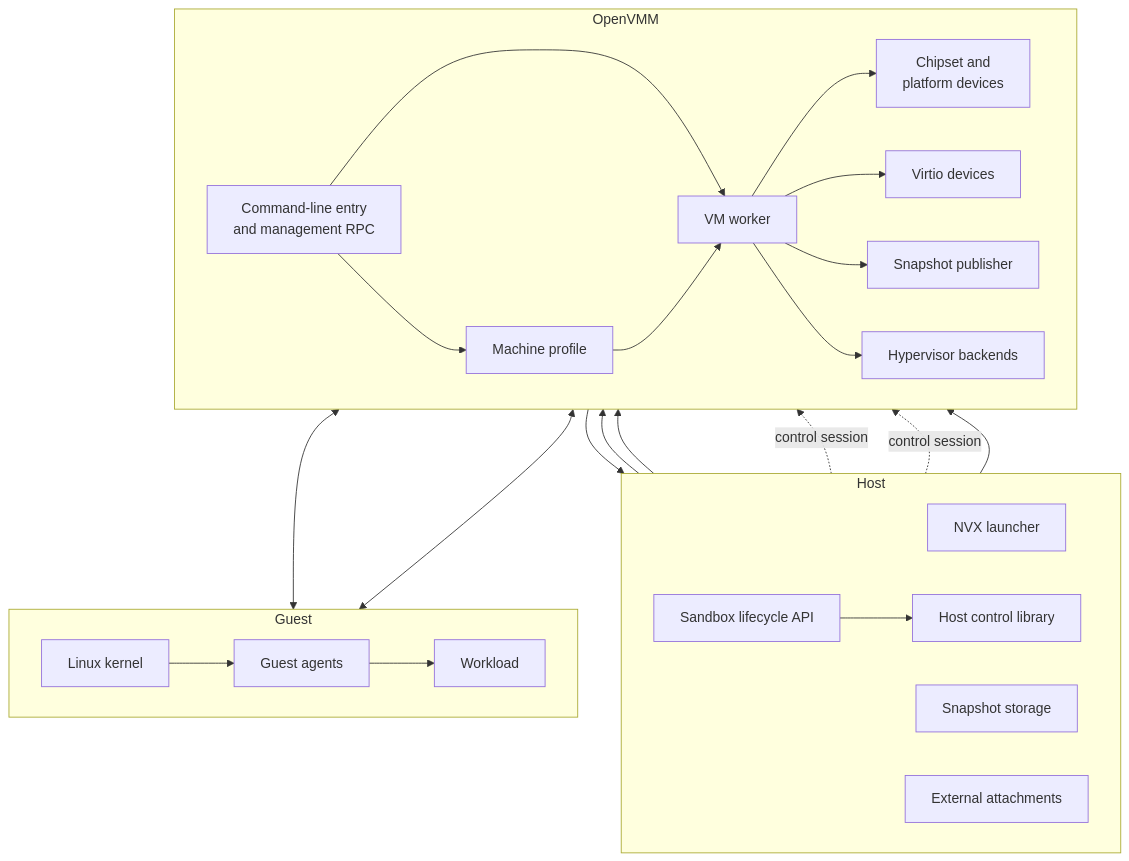
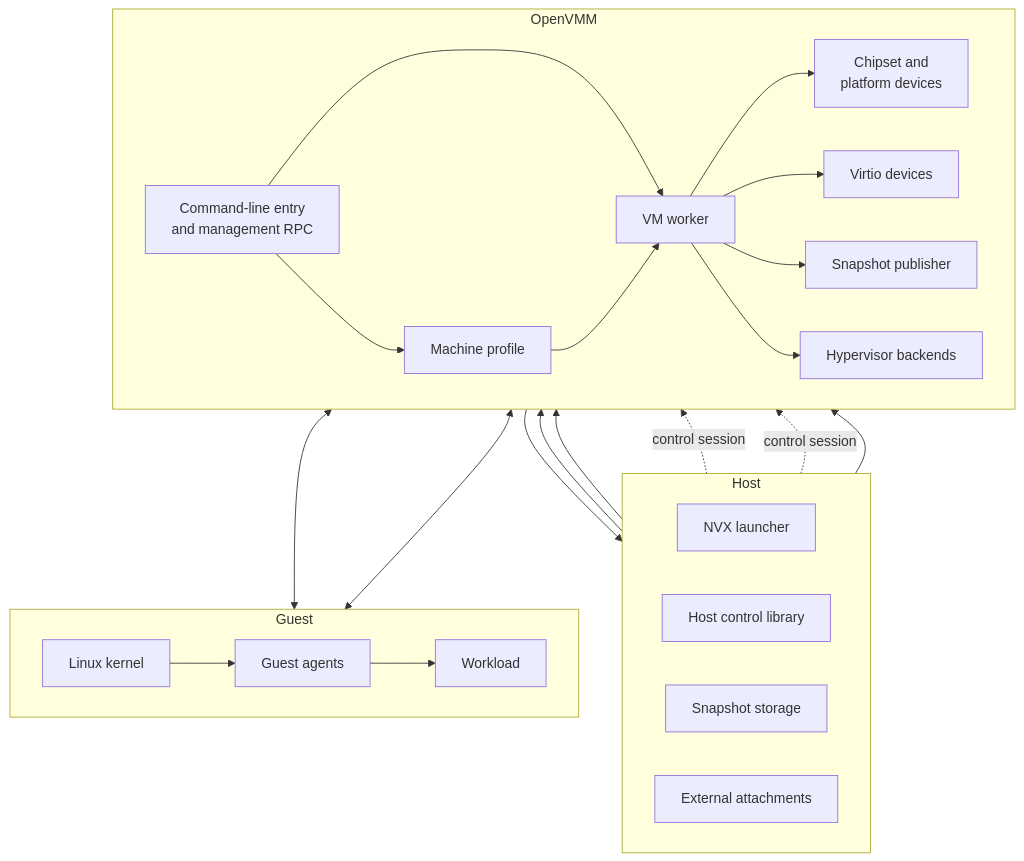
One commit to Jbansal2/nvx changed the diagram in doc/design/1.3-system-components-and-responsibilities.md. Above: the diagram before and after it, drawn with Mermaid. The commit also changed other lines of this file and 1 other file, not shown here.

First line of the commit message:
doc: drop the sandbox lifecycle API from the architecture guide

````diff
--- a/doc/design/1.3-system-components-and-responsibilities.md
+++ b/doc/design/1.3-system-components-and-responsibilities.md
@@ -14,48 +14,46 @@
 ```mermaid
 flowchart TB
    subgraph HostLayer["Host"]
       direction LR
       Launcher["NVX launcher"]
-      LifecycleApi["Sandbox lifecycle API"]
       ControlLibrary["Host control library"]
       Storage["Snapshot storage"]
       Attachments["External attachments"]
    end
 
    subgraph VmmLayer["OpenVMM"]
       direction LR
       Frontends["Command-line entry<br/>and management RPC"]
       Profile["Machine profile"]
       Worker["VM worker"]
       Chipset["Chipset and<br/>platform devices"]
       Virtio["Virtio devices"]
       Publisher["Snapshot publisher"]
       Backends["Hypervisor backends"]
    end
 
    subgraph GuestLayer["Guest"]
       direction LR
       Kernel["Linux kernel"]
       Agents["Guest agents"]
       Workload["Workload"]
    end
 
    Launcher --> Frontends
-   LifecycleApi --> ControlLibrary
    ControlLibrary --> Frontends
    Launcher -. control session .-> Virtio
    ControlLibrary -. control session .-> Virtio
    Frontends --> Profile
    Frontends --> Worker
    Profile --> Worker
    Worker --> Chipset
    Worker --> Virtio
    Worker --> Publisher
    Worker --> Backends
    Publisher --> Storage
    Attachments --> Virtio
    Chipset <--> Kernel
    Virtio <--> Kernel
    Kernel --> Agents
    Agents --> Workload
 ```
````
